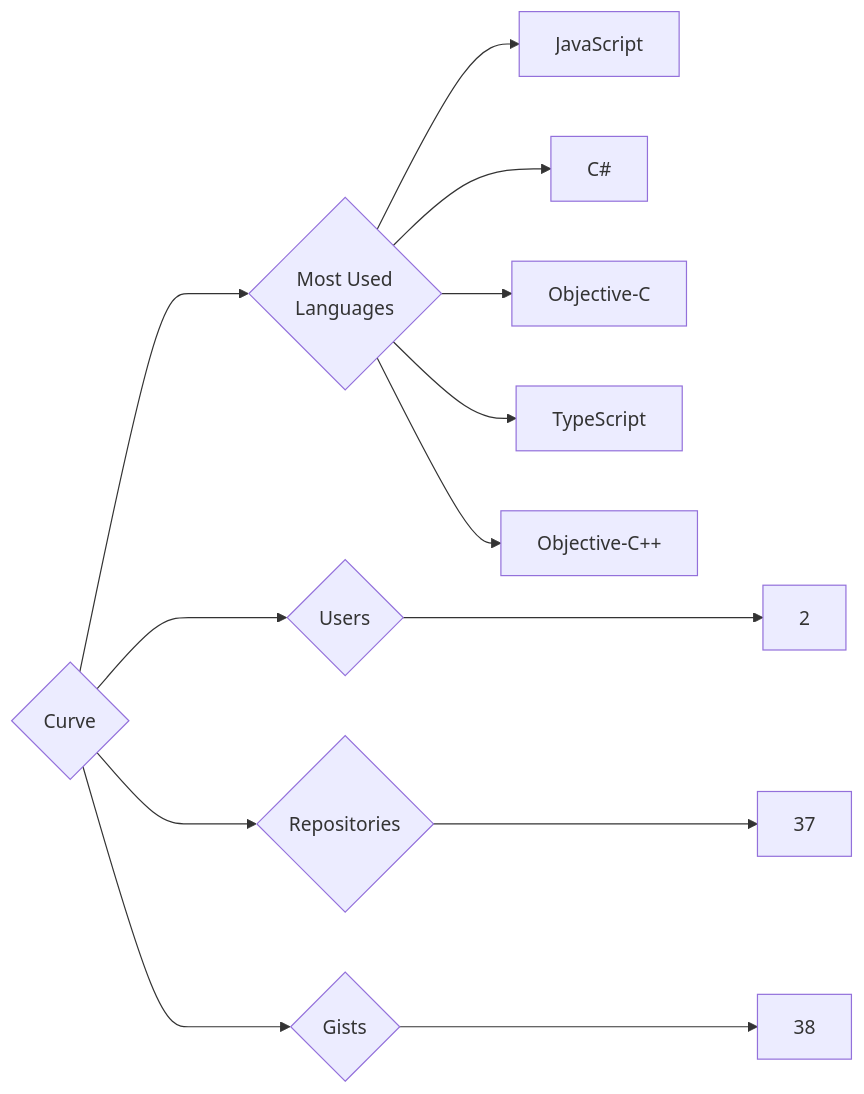
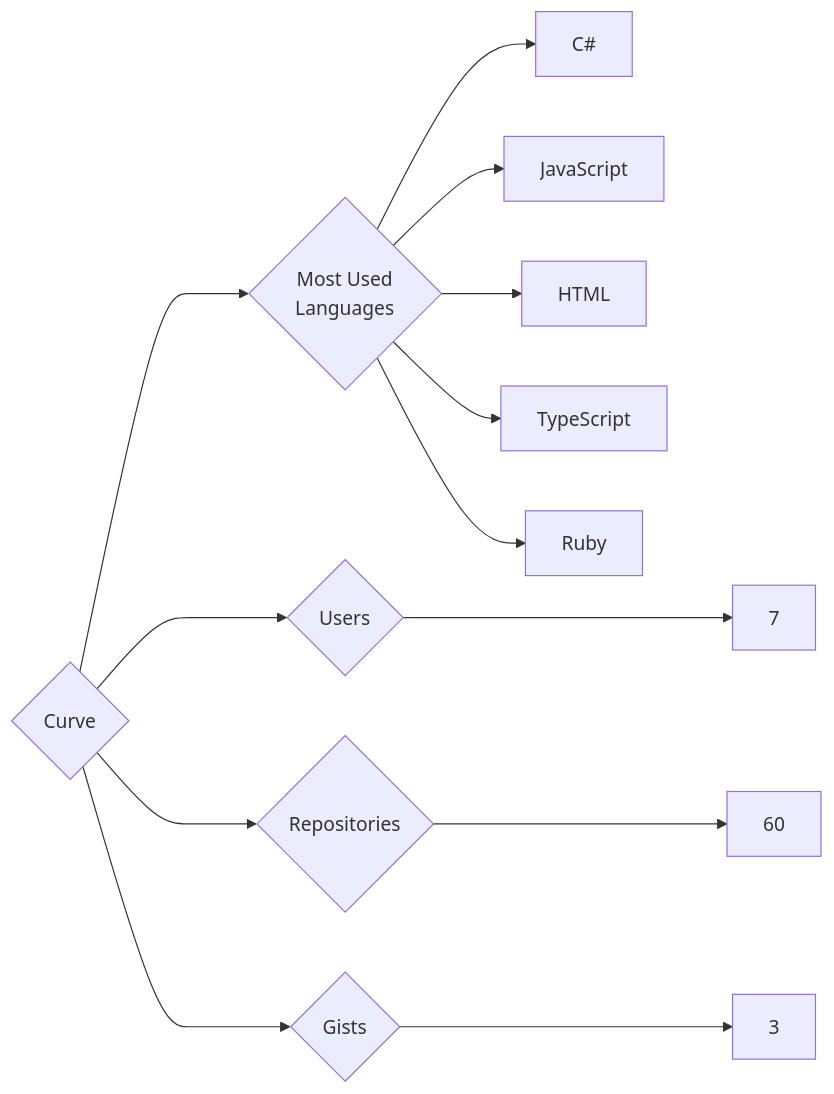
One commit to trickest/insiders changed the diagram in targets/Curve/README.md. Above: the diagram before and after it, drawn with Mermaid. The commit also changed 1149 other files, not shown here.

````diff
--- a/targets/Curve/README.md
+++ b/targets/Curve/README.md
@@ -3,13 +3,13 @@
 ```mermaid
 graph LR
 COMPANY_NAME{Curve}
-COMPANY_NAME ---> U{Users} ---> UN[2]
-COMPANY_NAME ---> R{Repositories} ---> RN[37]
-COMPANY_NAME ---> G{Gists} ---> GN[38]
+COMPANY_NAME ---> U{Users} ---> UN[7]
+COMPANY_NAME ---> R{Repositories} ---> RN[60]
+COMPANY_NAME ---> G{Gists} ---> GN[3]
 COMPANY_NAME ---> ML{Most Used<br>Languages}
+ML --> C#[C#]
 ML --> JavaScript[JavaScript]
-ML --> C#[C#]
-ML --> Objective-C[Objective-C]
+ML --> HTML[HTML]
 ML --> TypeScript[TypeScript]
-ML --> Objective-C++[Objective-C++]
+ML --> Ruby[Ruby]
 ```
````
